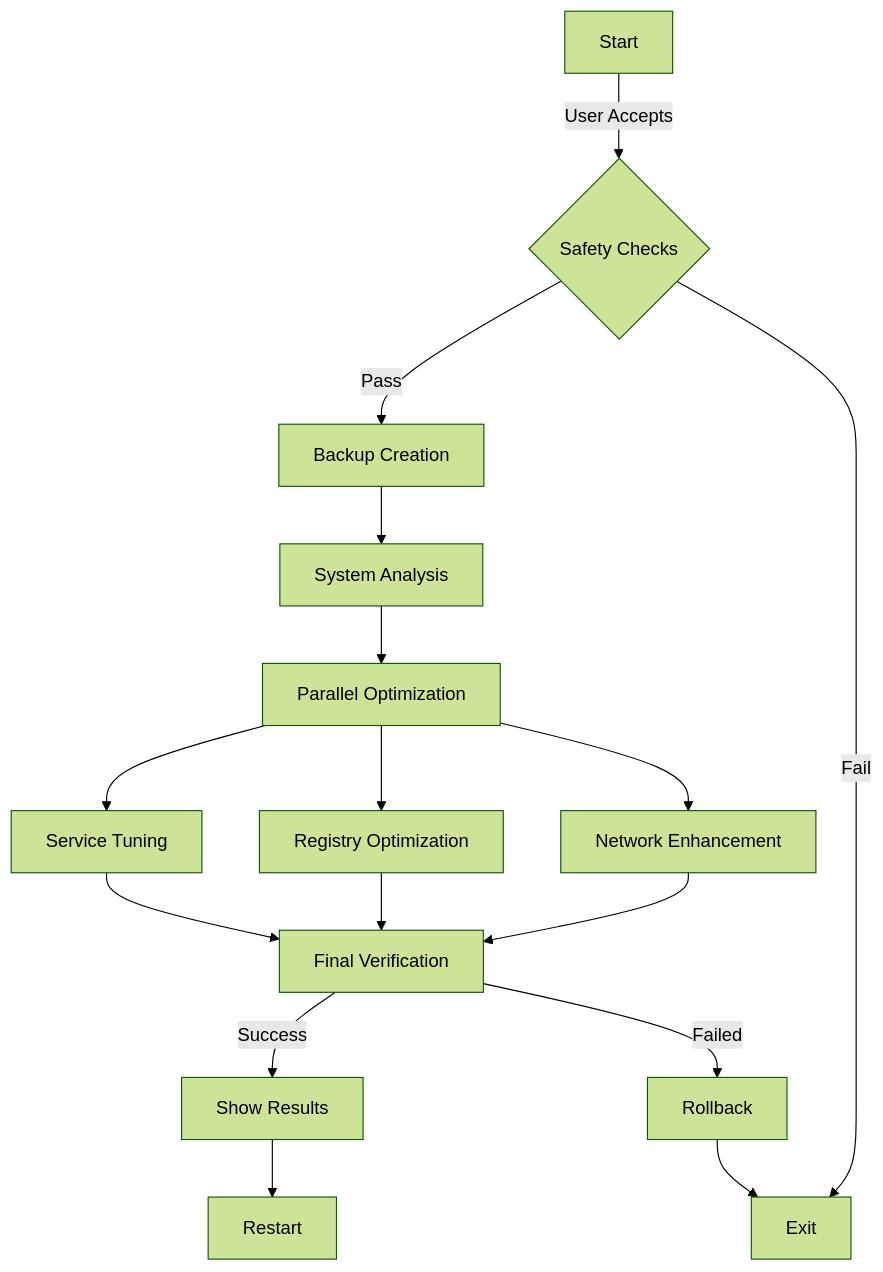
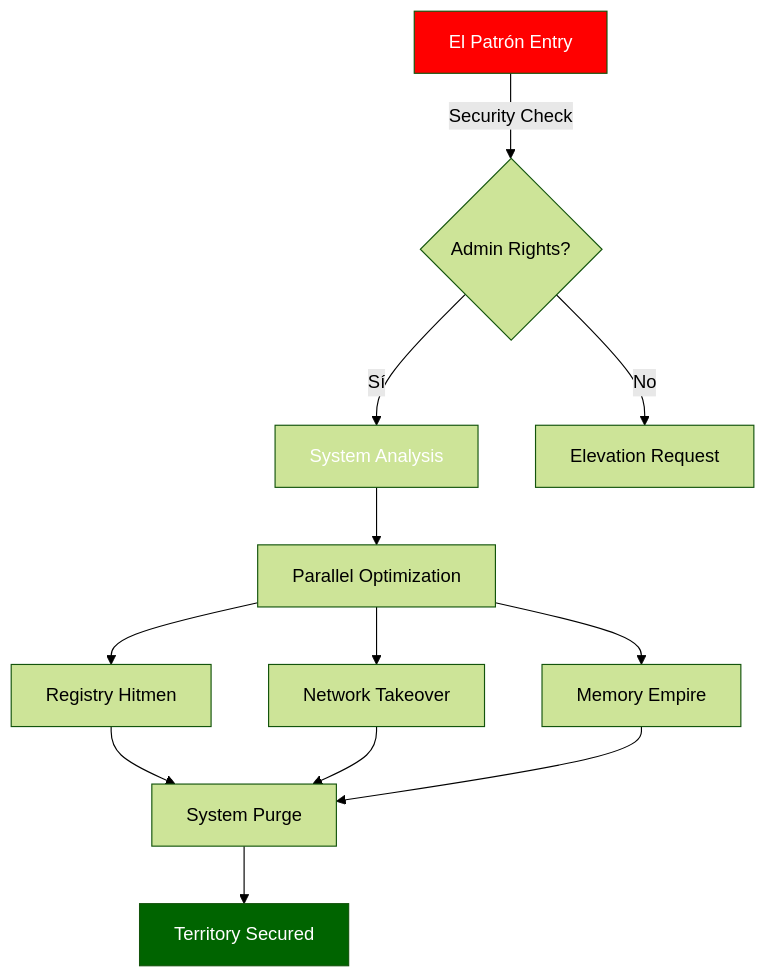
One commit to donpablonows/winfast changed the diagram in README.md. Above: the diagram before and after it, drawn with Mermaid (forest theme). The commit also changed other lines of this file, not shown here.

````diff
--- a/README.md
+++ b/README.md
@@ -165,18 +232,18 @@
 ```mermaid
 graph TD
-    A[Start] -->|User Accepts| B{Safety Checks}
-    B -->|Pass| C[Backup Creation]
-    B -->|Fail| M[Exit]
-    C --> D[System Analysis]
-    D --> E[Parallel Optimization]
-    E --> F[Service Tuning]
-    E --> G[Registry Optimization]
-    E --> H[Network Enhancement]
-    F --> I[Final Verification]
+    A[El Patrón Entry] -->|Security Check| B{Admin Rights?}
+    B -->|Sí| C[System Analysis]
+    B -->|No| D[Elevation Request]
+    C --> E[Parallel Optimization]
+    E --> F[Registry Hitmen]
+    E --> G[Network Takeover]
+    E --> H[Memory Empire]
+    F --> I[System Purge]
     G --> I
     H --> I
-    I -->|Success| J[Show Results]
-    I -->|Failed| K[Rollback]
-    J --> L[Restart]
-    K --> M
+    I --> J[Territory Secured]
+    style A fill:#ff0000,color:#fff
+    style B fill:#gold,color:#000
+    style C fill:#darkred,color:#fff
+    style J fill:#006400,color:#fff
 ```
````
